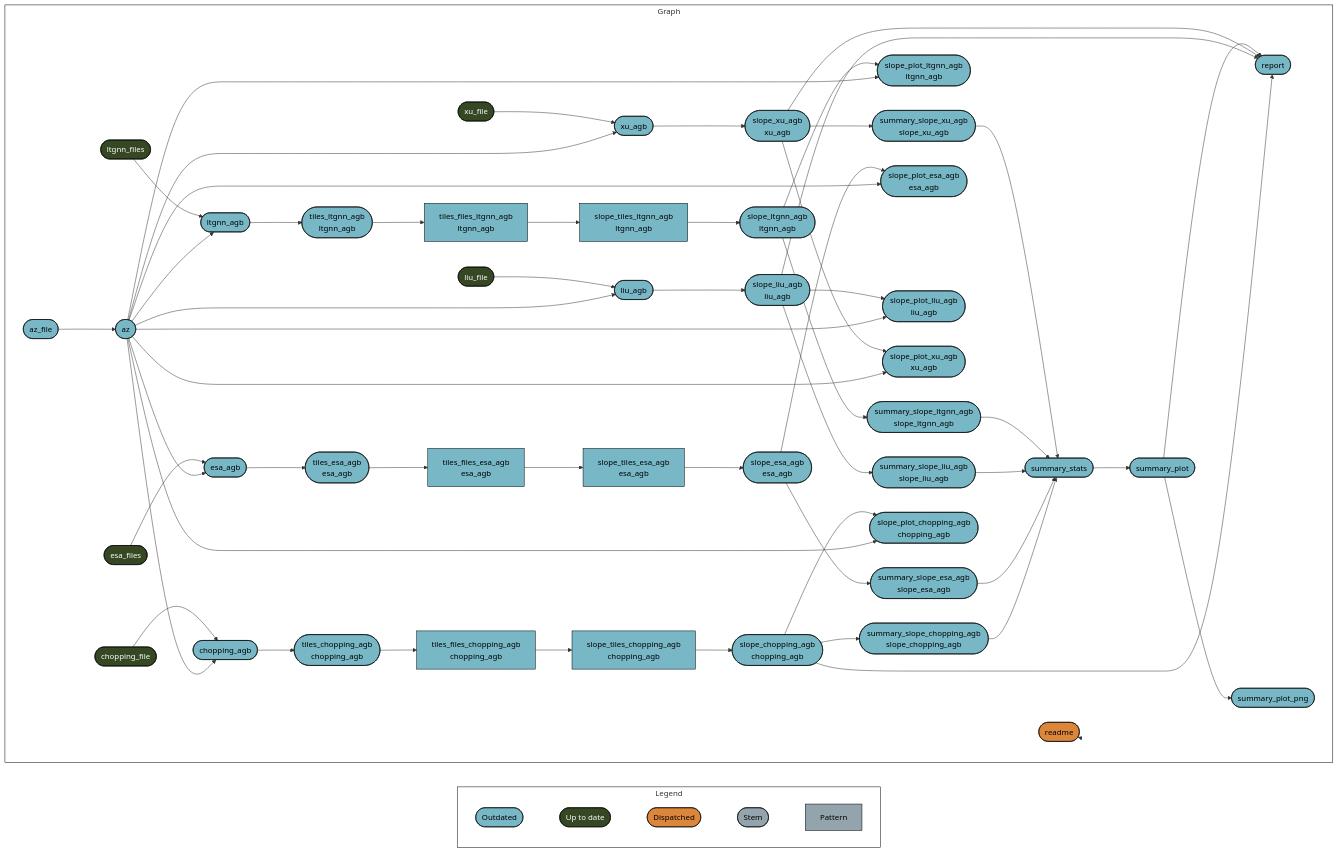
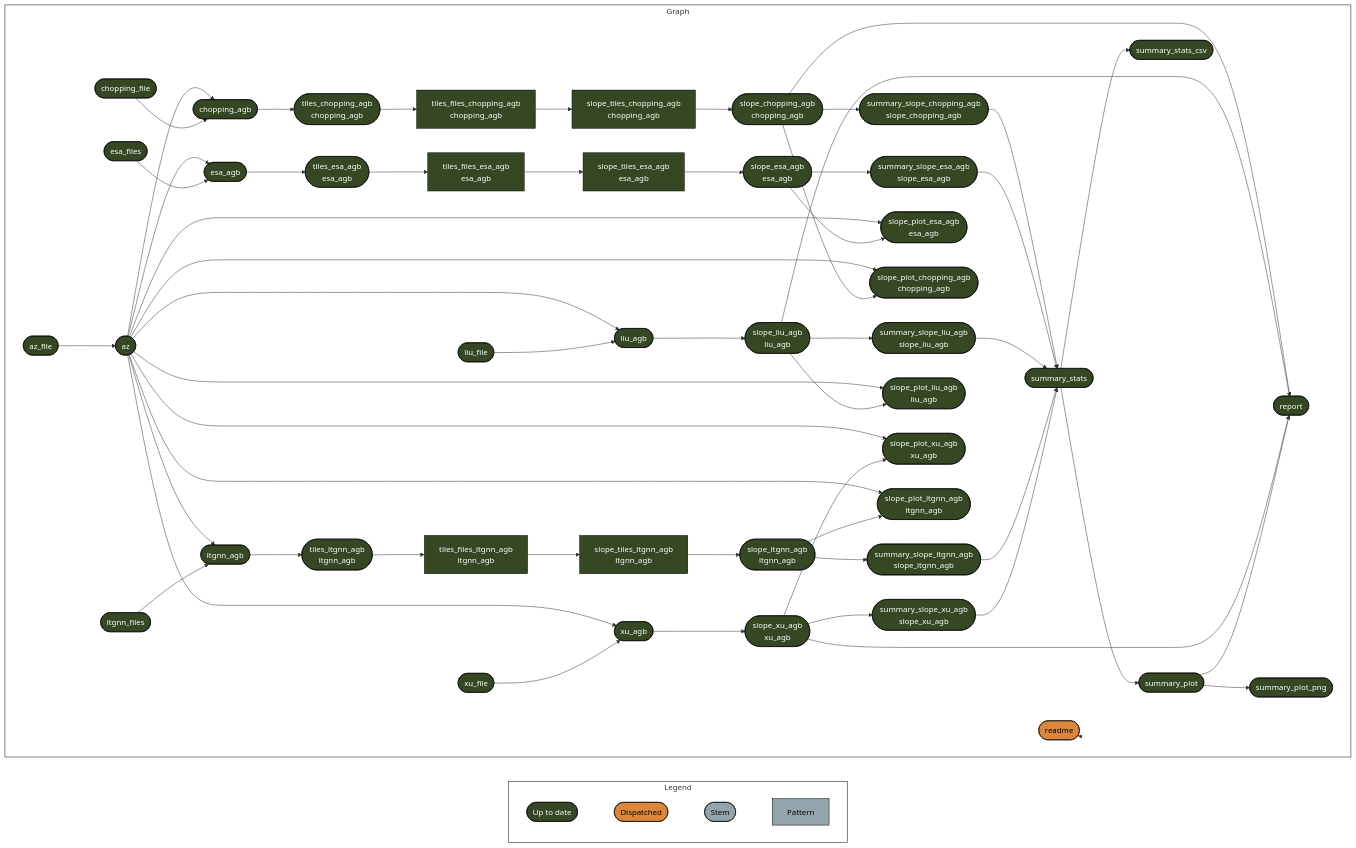
The diagram in README.md (EcosystemEcologyLab/AZ-AGB-trend), drawn with Mermaid before and after one commit. The commit also changed other lines of this file, not shown here.

Commit message:
fix mermaid graph

````diff
--- a/README.md
+++ b/README.md
@@ -48,76 +46,74 @@
 ``` mermaid
 graph LR
   style Legend fill:#FFFFFF00,stroke:#000000;
   style Graph fill:#FFFFFF00,stroke:#000000;
   subgraph Legend
     direction LR
-    x2db1ec7a48f65a9b([""Outdated""]):::outdated --- xf1522833a4d242c5([""Up to date""]):::uptodate
     xf1522833a4d242c5([""Up to date""]):::uptodate --- xb6630624a7b3aa0f([""Dispatched""]):::dispatched
     xb6630624a7b3aa0f([""Dispatched""]):::dispatched --- xd03d7c7dd2ddda2b([""Stem""]):::none
     xd03d7c7dd2ddda2b([""Stem""]):::none --- x6f7e04ea3427f824[""Pattern""]:::none
   end
   subgraph Graph
     direction LR
-    x19861953fb240462(["slope_liu_agb<br>liu_agb"]):::outdated --> x934c6d5503713b06(["summary_slope_liu_agb<br>slope_liu_agb"]):::outdated
-    x9126df164c036a5c(["liu_agb"]):::outdated --> x19861953fb240462(["slope_liu_agb<br>liu_agb"]):::outdated
-    x7e3ed8ef27617b0c(["tiles_ltgnn_agb<br>ltgnn_agb"]):::outdated --> xd0c88814a818c03c["tiles_files_ltgnn_agb<br>ltgnn_agb"]:::outdated
-    x01a6772d1976e35e(["slope_ltgnn_agb<br>ltgnn_agb"]):::outdated --> xa16d430869e8e273(["summary_slope_ltgnn_agb<br>slope_ltgnn_agb"]):::outdated
-    xd175b91b13bd123d(["az"]):::outdated --> x7200ced56d430735(["slope_plot_ltgnn_agb<br>ltgnn_agb"]):::outdated
-    x01a6772d1976e35e(["slope_ltgnn_agb<br>ltgnn_agb"]):::outdated --> x7200ced56d430735(["slope_plot_ltgnn_agb<br>ltgnn_agb"]):::outdated
-    xd175b91b13bd123d(["az"]):::outdated --> x20b6251b56892c2a(["esa_agb"]):::outdated
-    x151ce04cb638b59b(["esa_files"]):::uptodate --> x20b6251b56892c2a(["esa_agb"]):::outdated
-    x2b62872927f90ba0(["slope_esa_agb<br>esa_agb"]):::outdated --> xb538f1edee56fb8e(["summary_slope_esa_agb<br>slope_esa_agb"]):::outdated
-    xd175b91b13bd123d(["az"]):::outdated --> x88a086ea53d4cf03(["slope_plot_esa_agb<br>esa_agb"]):::outdated
-    x2b62872927f90ba0(["slope_esa_agb<br>esa_agb"]):::outdated --> x88a086ea53d4cf03(["slope_plot_esa_agb<br>esa_agb"]):::outdated
-    xf12eae5dccac7288["tiles_files_esa_agb<br>esa_agb"]:::outdated --> xb8c4f257f8f5cc00["slope_tiles_esa_agb<br>esa_agb"]:::outdated
-    xd175b91b13bd123d(["az"]):::outdated --> x9126df164c036a5c(["liu_agb"]):::outdated
-    x19766d176d835c12(["liu_file"]):::uptodate --> x9126df164c036a5c(["liu_agb"]):::outdated
-    x1df925585a964a4f(["summary_stats"]):::outdated --> x000fd996de9c9b5d(["summary_plot"]):::outdated
-    xd175b91b13bd123d(["az"]):::outdated --> x7b18c44a5b46e7c6(["slope_plot_liu_agb<br>liu_agb"]):::outdated
-    x19861953fb240462(["slope_liu_agb<br>liu_agb"]):::outdated --> x7b18c44a5b46e7c6(["slope_plot_liu_agb<br>liu_agb"]):::outdated
-    x55cd1a25824d6c45(["xu_agb"]):::outdated --> x3bcb242414a73cf6(["slope_xu_agb<br>xu_agb"]):::outdated
-    xd175b91b13bd123d(["az"]):::outdated --> xc1dac2c05b606c65(["slope_plot_xu_agb<br>xu_agb"]):::outdated
-    x3bcb242414a73cf6(["slope_xu_agb<br>xu_agb"]):::outdated --> xc1dac2c05b606c65(["slope_plot_xu_agb<br>xu_agb"]):::outdated
-    x09b7490629889bf8["slope_tiles_chopping_agb<br>chopping_agb"]:::outdated --> x9035538e1c606cb6(["slope_chopping_agb<br>chopping_agb"]):::outdated
-    x4b1136645d9b9d11["slope_tiles_ltgnn_agb<br>ltgnn_agb"]:::outdated --> x01a6772d1976e35e(["slope_ltgnn_agb<br>ltgnn_agb"]):::outdated
-    xb8c4f257f8f5cc00["slope_tiles_esa_agb<br>esa_agb"]:::outdated --> x2b62872927f90ba0(["slope_esa_agb<br>esa_agb"]):::outdated
-    xb5861ed11a909dd6["tiles_files_chopping_agb<br>chopping_agb"]:::outdated --> x09b7490629889bf8["slope_tiles_chopping_agb<br>chopping_agb"]:::outdated
-    x9035538e1c606cb6(["slope_chopping_agb<br>chopping_agb"]):::outdated --> x0d6d34d4d7cb30cd(["summary_slope_chopping_agb<br>slope_chopping_agb"]):::outdated
-    x20b6251b56892c2a(["esa_agb"]):::outdated --> xfd911c6a5ce68b32(["tiles_esa_agb<br>esa_agb"]):::outdated
-    x9035538e1c606cb6(["slope_chopping_agb<br>chopping_agb"]):::outdated --> xb72891f20a5b8df1(["report"]):::outdated
-    x19861953fb240462(["slope_liu_agb<br>liu_agb"]):::outdated --> xb72891f20a5b8df1(["report"]):::outdated
-    x3bcb242414a73cf6(["slope_xu_agb<br>xu_agb"]):::outdated --> xb72891f20a5b8df1(["report"]):::outdated
-    x000fd996de9c9b5d(["summary_plot"]):::outdated --> xb72891f20a5b8df1(["report"]):::outdated
-    x3bcb242414a73cf6(["slope_xu_agb<br>xu_agb"]):::outdated --> x1c4a7d9fb56ed3d5(["summary_slope_xu_agb<br>slope_xu_agb"]):::outdated
-    x000fd996de9c9b5d(["summary_plot"]):::outdated --> x14470e08f150281f(["summary_plot_png"]):::outdated
-    x75982fc74c8dba25(["az_file"]):::outdated --> xd175b91b13bd123d(["az"]):::outdated
-    xd175b91b13bd123d(["az"]):::outdated --> xf4e158caecdccb15(["chopping_agb"]):::outdated
-    x34fa7583752e3167(["chopping_file"]):::uptodate --> xf4e158caecdccb15(["chopping_agb"]):::outdated
-    xf4e158caecdccb15(["chopping_agb"]):::outdated --> x6768884bc669c5f9(["tiles_chopping_agb<br>chopping_agb"]):::outdated
-    xd0c88814a818c03c["tiles_files_ltgnn_agb<br>ltgnn_agb"]:::outdated --> x4b1136645d9b9d11["slope_tiles_ltgnn_agb<br>ltgnn_agb"]:::outdated
-    x6768884bc669c5f9(["tiles_chopping_agb<br>chopping_agb"]):::outdated --> xb5861ed11a909dd6["tiles_files_chopping_agb<br>chopping_agb"]:::outdated
-    xd175b91b13bd123d(["az"]):::outdated --> xf99622c5fc8ef45a(["ltgnn_agb"]):::outdated
-    x00f89745e3b925a1(["ltgnn_files"]):::uptodate --> xf99622c5fc8ef45a(["ltgnn_agb"]):::outdated
-    xf99622c5fc8ef45a(["ltgnn_agb"]):::outdated --> x7e3ed8ef27617b0c(["tiles_ltgnn_agb<br>ltgnn_agb"]):::outdated
-    xd175b91b13bd123d(["az"]):::outdated --> x85cf752f78e30db8(["slope_plot_chopping_agb<br>chopping_agb"]):::outdated
-    x9035538e1c606cb6(["slope_chopping_agb<br>chopping_agb"]):::outdated --> x85cf752f78e30db8(["slope_plot_chopping_agb<br>chopping_agb"]):::outdated
-    xfd911c6a5ce68b32(["tiles_esa_agb<br>esa_agb"]):::outdated --> xf12eae5dccac7288["tiles_files_esa_agb<br>esa_agb"]:::outdated
-    x0d6d34d4d7cb30cd(["summary_slope_chopping_agb<br>slope_chopping_agb"]):::outdated --> x1df925585a964a4f(["summary_stats"]):::outdated
-    xb538f1edee56fb8e(["summary_slope_esa_agb<br>slope_esa_agb"]):::outdated --> x1df925585a964a4f(["summary_stats"]):::outdated
-    x934c6d5503713b06(["summary_slope_liu_agb<br>slope_liu_agb"]):::outdated --> x1df925585a964a4f(["summary_stats"]):::outdated
-    xa16d430869e8e273(["summary_slope_ltgnn_agb<br>slope_ltgnn_agb"]):::outdated --> x1df925585a964a4f(["summary_stats"]):::outdated
-    x1c4a7d9fb56ed3d5(["summary_slope_xu_agb<br>slope_xu_agb"]):::outdated --> x1df925585a964a4f(["summary_stats"]):::outdated
-    xd175b91b13bd123d(["az"]):::outdated --> x55cd1a25824d6c45(["xu_agb"]):::outdated
-    x4f83a8bb6986eb55(["xu_file"]):::uptodate --> x55cd1a25824d6c45(["xu_agb"]):::outdated
+    x6768884bc669c5f9(["tiles_chopping_agb<br>chopping_agb"]):::uptodate --> xb5861ed11a909dd6["tiles_files_chopping_agb<br>chopping_agb"]:::uptodate
+    x09b7490629889bf8["slope_tiles_chopping_agb<br>chopping_agb"]:::uptodate --> x9035538e1c606cb6(["slope_chopping_agb<br>chopping_agb"]):::uptodate
+    xd0c88814a818c03c["tiles_files_ltgnn_agb<br>ltgnn_agb"]:::uptodate --> x4b1136645d9b9d11["slope_tiles_ltgnn_agb<br>ltgnn_agb"]:::uptodate
+    x7e3ed8ef27617b0c(["tiles_ltgnn_agb<br>ltgnn_agb"]):::uptodate --> xd0c88814a818c03c["tiles_files_ltgnn_agb<br>ltgnn_agb"]:::uptodate
+    x75982fc74c8dba25(["az_file"]):::uptodate --> xd175b91b13bd123d(["az"]):::uptodate
+    x01a6772d1976e35e(["slope_ltgnn_agb<br>ltgnn_agb"]):::uptodate --> xa16d430869e8e273(["summary_slope_ltgnn_agb<br>slope_ltgnn_agb"]):::uptodate
+    x2b62872927f90ba0(["slope_esa_agb<br>esa_agb"]):::uptodate --> xb538f1edee56fb8e(["summary_slope_esa_agb<br>slope_esa_agb"]):::uptodate
+    x3bcb242414a73cf6(["slope_xu_agb<br>xu_agb"]):::uptodate --> x1c4a7d9fb56ed3d5(["summary_slope_xu_agb<br>slope_xu_agb"]):::uptodate
+    xf99622c5fc8ef45a(["ltgnn_agb"]):::uptodate --> x7e3ed8ef27617b0c(["tiles_ltgnn_agb<br>ltgnn_agb"]):::uptodate
+    x20b6251b56892c2a(["esa_agb"]):::uptodate --> xfd911c6a5ce68b32(["tiles_esa_agb<br>esa_agb"]):::uptodate
+    x55cd1a25824d6c45(["xu_agb"]):::uptodate --> x3bcb242414a73cf6(["slope_xu_agb<br>xu_agb"]):::uptodate
+    x9035538e1c606cb6(["slope_chopping_agb<br>chopping_agb"]):::uptodate --> xb72891f20a5b8df1(["report"]):::uptodate
+    x19861953fb240462(["slope_liu_agb<br>liu_agb"]):::uptodate --> xb72891f20a5b8df1(["report"]):::uptodate
+    x3bcb242414a73cf6(["slope_xu_agb<br>xu_agb"]):::uptodate --> xb72891f20a5b8df1(["report"]):::uptodate
+    x000fd996de9c9b5d(["summary_plot"]):::uptodate --> xb72891f20a5b8df1(["report"]):::uptodate
+    x19861953fb240462(["slope_liu_agb<br>liu_agb"]):::uptodate --> x934c6d5503713b06(["summary_slope_liu_agb<br>slope_liu_agb"]):::uptodate
+    xd175b91b13bd123d(["az"]):::uptodate --> x88a086ea53d4cf03(["slope_plot_esa_agb<br>esa_agb"]):::uptodate
+    x2b62872927f90ba0(["slope_esa_agb<br>esa_agb"]):::uptodate --> x88a086ea53d4cf03(["slope_plot_esa_agb<br>esa_agb"]):::uptodate
+    xd175b91b13bd123d(["az"]):::uptodate --> xf99622c5fc8ef45a(["ltgnn_agb"]):::uptodate
+    x00f89745e3b925a1(["ltgnn_files"]):::uptodate --> xf99622c5fc8ef45a(["ltgnn_agb"]):::uptodate
+    xd175b91b13bd123d(["az"]):::uptodate --> xf4e158caecdccb15(["chopping_agb"]):::uptodate
+    x34fa7583752e3167(["chopping_file"]):::uptodate --> xf4e158caecdccb15(["chopping_agb"]):::uptodate
+    xb5861ed11a909dd6["tiles_files_chopping_agb<br>chopping_agb"]:::uptodate --> x09b7490629889bf8["slope_tiles_chopping_agb<br>chopping_agb"]:::uptodate
+    xb8c4f257f8f5cc00["slope_tiles_esa_agb<br>esa_agb"]:::uptodate --> x2b62872927f90ba0(["slope_esa_agb<br>esa_agb"]):::uptodate
+    xd175b91b13bd123d(["az"]):::uptodate --> x85cf752f78e30db8(["slope_plot_chopping_agb<br>chopping_agb"]):::uptodate
+    x9035538e1c606cb6(["slope_chopping_agb<br>chopping_agb"]):::uptodate --> x85cf752f78e30db8(["slope_plot_chopping_agb<br>chopping_agb"]):::uptodate
+    xd175b91b13bd123d(["az"]):::uptodate --> x55cd1a25824d6c45(["xu_agb"]):::uptodate
+    x4f83a8bb6986eb55(["xu_file"]):::uptodate --> x55cd1a25824d6c45(["xu_agb"]):::uptodate
+    x0d6d34d4d7cb30cd(["summary_slope_chopping_agb<br>slope_chopping_agb"]):::uptodate --> x1df925585a964a4f(["summary_stats"]):::uptodate
+    xb538f1edee56fb8e(["summary_slope_esa_agb<br>slope_esa_agb"]):::uptodate --> x1df925585a964a4f(["summary_stats"]):::uptodate
+    x934c6d5503713b06(["summary_slope_liu_agb<br>slope_liu_agb"]):::uptodate --> x1df925585a964a4f(["summary_stats"]):::uptodate
+    xa16d430869e8e273(["summary_slope_ltgnn_agb<br>slope_ltgnn_agb"]):::uptodate --> x1df925585a964a4f(["summary_stats"]):::uptodate
+    x1c4a7d9fb56ed3d5(["summary_slope_xu_agb<br>slope_xu_agb"]):::uptodate --> x1df925585a964a4f(["summary_stats"]):::uptodate
+    xf4e158caecdccb15(["chopping_agb"]):::uptodate --> x6768884bc669c5f9(["tiles_chopping_agb<br>chopping_agb"]):::uptodate
+    x9126df164c036a5c(["liu_agb"]):::uptodate --> x19861953fb240462(["slope_liu_agb<br>liu_agb"]):::uptodate
+    x000fd996de9c9b5d(["summary_plot"]):::uptodate --> x14470e08f150281f(["summary_plot_png"]):::uptodate
+    xd175b91b13bd123d(["az"]):::uptodate --> x7b18c44a5b46e7c6(["slope_plot_liu_agb<br>liu_agb"]):::uptodate
+    x19861953fb240462(["slope_liu_agb<br>liu_agb"]):::uptodate --> x7b18c44a5b46e7c6(["slope_plot_liu_agb<br>liu_agb"]):::uptodate
+    xd175b91b13bd123d(["az"]):::uptodate --> xc1dac2c05b606c65(["slope_plot_xu_agb<br>xu_agb"]):::uptodate
+    x3bcb242414a73cf6(["slope_xu_agb<br>xu_agb"]):::uptodate --> xc1dac2c05b606c65(["slope_plot_xu_agb<br>xu_agb"]):::uptodate
+    x1df925585a964a4f(["summary_stats"]):::uptodate --> x62be254f151ad9ad(["summary_stats_csv"]):::uptodate
+    x1df925585a964a4f(["summary_stats"]):::uptodate --> x000fd996de9c9b5d(["summary_plot"]):::uptodate
+    x9035538e1c606cb6(["slope_chopping_agb<br>chopping_agb"]):::uptodate --> x0d6d34d4d7cb30cd(["summary_slope_chopping_agb<br>slope_chopping_agb"]):::uptodate
+    xd175b91b13bd123d(["az"]):::uptodate --> x20b6251b56892c2a(["esa_agb"]):::uptodate
+    x151ce04cb638b59b(["esa_files"]):::uptodate --> x20b6251b56892c2a(["esa_agb"]):::uptodate
+    x4b1136645d9b9d11["slope_tiles_ltgnn_agb<br>ltgnn_agb"]:::uptodate --> x01a6772d1976e35e(["slope_ltgnn_agb<br>ltgnn_agb"]):::uptodate
+    xd175b91b13bd123d(["az"]):::uptodate --> x7200ced56d430735(["slope_plot_ltgnn_agb<br>ltgnn_agb"]):::uptodate
+    x01a6772d1976e35e(["slope_ltgnn_agb<br>ltgnn_agb"]):::uptodate --> x7200ced56d430735(["slope_plot_ltgnn_agb<br>ltgnn_agb"]):::uptodate
+    xfd911c6a5ce68b32(["tiles_esa_agb<br>esa_agb"]):::uptodate --> xf12eae5dccac7288["tiles_files_esa_agb<br>esa_agb"]:::uptodate
+    xd175b91b13bd123d(["az"]):::uptodate --> x9126df164c036a5c(["liu_agb"]):::uptodate
+    x19766d176d835c12(["liu_file"]):::uptodate --> x9126df164c036a5c(["liu_agb"]):::uptodate
+    xf12eae5dccac7288["tiles_files_esa_agb<br>esa_agb"]:::uptodate --> xb8c4f257f8f5cc00["slope_tiles_esa_agb<br>esa_agb"]:::uptodate
     xc11069275cfeb620(["readme"]):::dispatched --> xc11069275cfeb620(["readme"]):::dispatched
   end
-  classDef outdated stroke:#000000,color:#000000,fill:#78B7C5;
   classDef uptodate stroke:#000000,color:#ffffff,fill:#354823;
   classDef dispatched stroke:#000000,color:#000000,fill:#DC863B;
   classDef none stroke:#000000,color:#000000,fill:#94a4ac;
   linkStyle 0 stroke-width:0px;
   linkStyle 1 stroke-width:0px;
   linkStyle 2 stroke-width:0px;
-  linkStyle 3 stroke-width:0px;
   linkStyle 55 stroke-width:0px;
 ```
````
